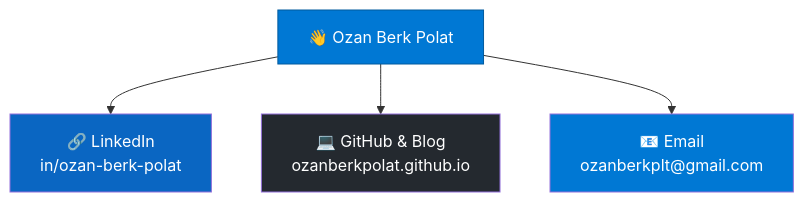
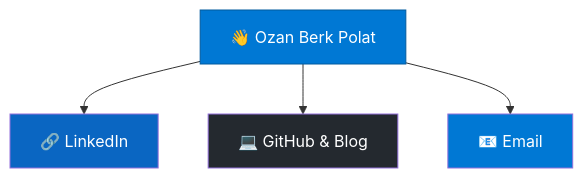
One commit to ozanberkpolat/ozanberkpolat.github.io changed the second of 3 diagrams in _tabs/about.md. Above: the diagram before and after it, drawn with Mermaid.

Commit message:
updated link

````diff
--- a/_tabs/about.md
+++ b/_tabs/about.md
@@ -246,22 +246,22 @@
 ```mermaid
 flowchart TB
 
     A["👋 Ozan Berk Polat"]
 
-    B["🔗 LinkedIn<br/>in/ozan-berk-polat"]
-    C["💻 GitHub & Blog<br/>ozanberkpolat.github.io"]
-    D["📧 Email<br/>ozanberkplt@gmail.com"]
+    B["🔗 LinkedIn"]
+    C["💻 GitHub & Blog"]
+    D["📧 Email"]
 
     A --> B
     A --> C
     A --> D
 
     click B "https://www.linkedin.com/in/ozan-berk-polat/" "Open LinkedIn Profile"
-    click C "https://ozanberkpolat.github.io/" "Visit My Blog"
+    click C "https://github.com/ozanberkpolat" "Visit My GitHub"
     click D "mailto:ozanberkplt@gmail.com" "Send me an Email"
 
     style A fill:#0078D4,color:#fff,stroke:#005A9E
     style B fill:#0A66C2,color:#fff
     style C fill:#24292F,color:#fff
     style D fill:#0078D4,color:#fff
 ```
````
